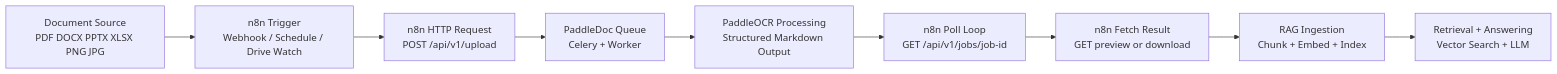
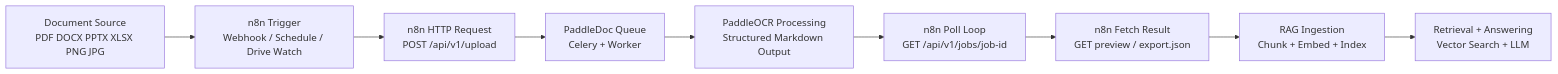
Before and after one commit to Nico-MC/PaddleDoc: the diagram in README.md, drawn with Mermaid. The commit also changed other lines of this file and 49 other files, not shown here.

First line of the commit message:
v1.2.1 (part 2): document versioning, API tokens, JSON export, VL benchmark, README relaunch (#60)

````diff
--- a/README.md
+++ b/README.md
@@ -206,11 +216,11 @@
 ```mermaid
 flowchart LR
    A[Document Source\nPDF DOCX PPTX XLSX PNG JPG] --> B[n8n Trigger\nWebhook / Schedule / Drive Watch]
    B --> C[n8n HTTP Request\nPOST /api/v1/upload]
    C --> D[PaddleDoc Queue\nCelery + Worker]
    D --> E[PaddleOCR Processing\nStructured Markdown Output]
    E --> F[n8n Poll Loop\nGET /api/v1/jobs/job-id]
-   F --> G[n8n Fetch Result\nGET preview or download]
+   F --> G[n8n Fetch Result\nGET preview / export.json]
    G --> H[RAG Ingestion\nChunk + Embed + Index]
    H --> I[Retrieval + Answering\nVector Search + LLM]
 ```
````
